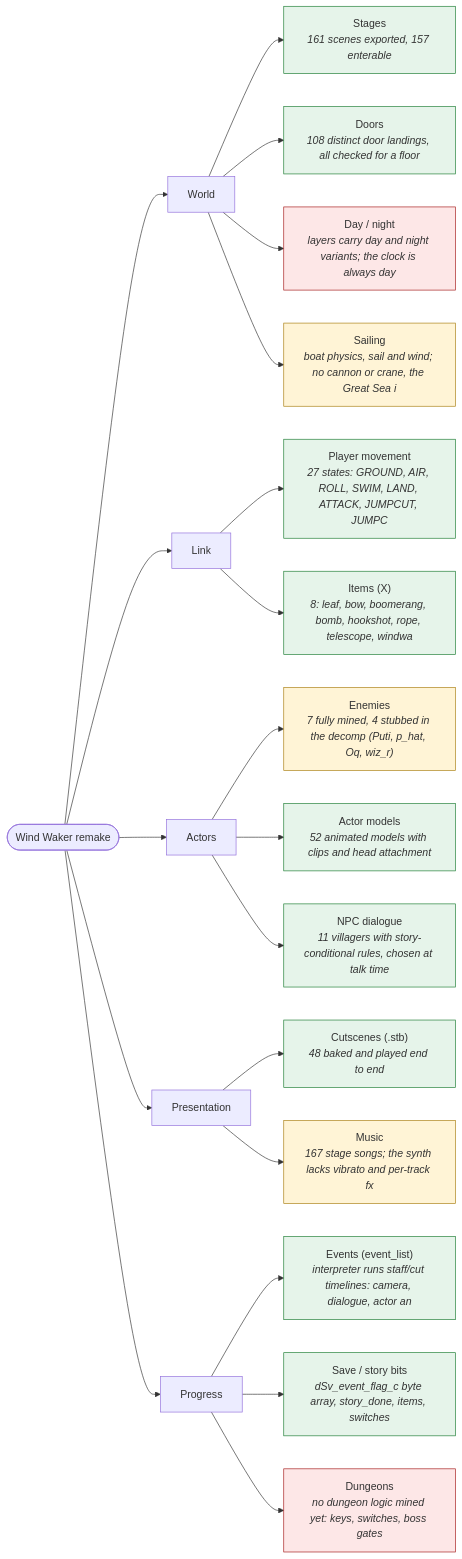
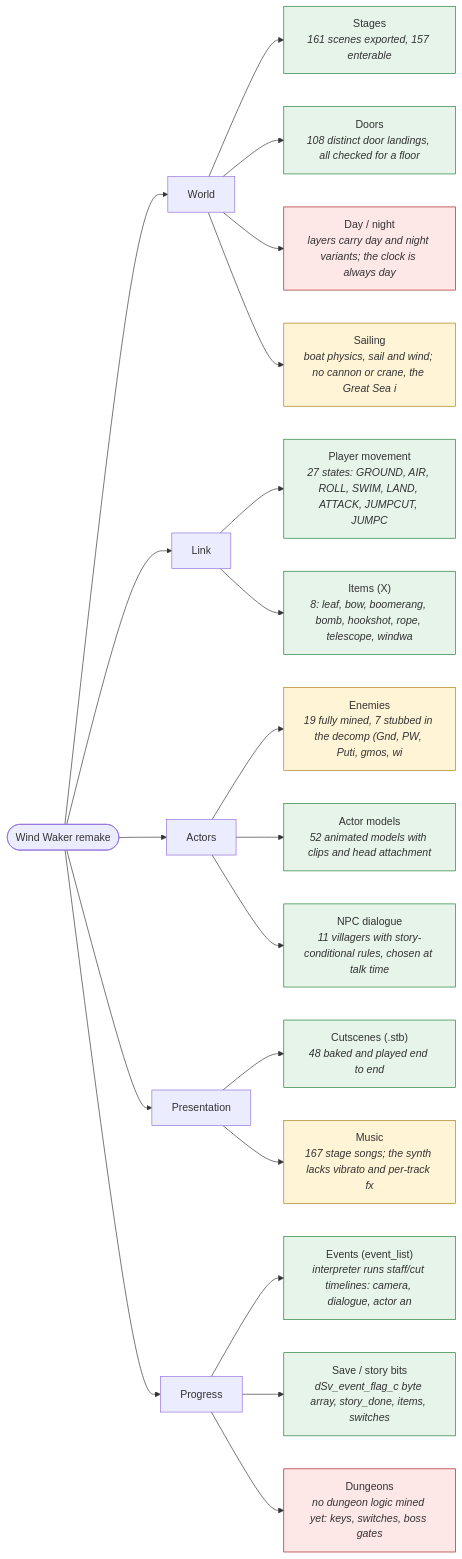
One commit to Felbs/3d-ripper-9000 changed the first of 2 diagrams in docs/game_map.md. Above: the diagram before and after it, drawn with Mermaid. The commit also changed other lines of this file and 7 other files, not shown here.

````diff
--- a/docs/game_map.md
+++ b/docs/game_map.md
@@ -12,40 +12,40 @@
 ```mermaid
 flowchart LR
     classDef ok fill:#e6f4ea,stroke:#1e7d34;
     classDef partial fill:#fff4d6,stroke:#a97f13;
     classDef missing fill:#fde7e7,stroke:#a51b1b;
     GAME(["Wind Waker remake"])
     GAME --> G0["World"]
     G0 --> G0_0["Stages<br/><i>161 scenes exported, 157 enterable</i>"]
     class G0_0 ok;
     G0 --> G0_1["Doors<br/><i>108 distinct door landings, all checked for a floor</i>"]
     class G0_1 ok;
     G0 --> G0_2["Day / night<br/><i>layers carry day and night variants; the clock is always day</i>"]
     class G0_2 missing;
     G0 --> G0_3["Sailing<br/><i>boat physics, sail and wind; no cannon or crane, the Great Sea i</i>"]
     class G0_3 partial;
     GAME --> G1["Link"]
     G1 --> G1_0["Player movement<br/><i>27 states: GROUND, AIR, ROLL, SWIM, LAND, ATTACK, JUMPCUT, JUMPC</i>"]
     class G1_0 ok;
     G1 --> G1_1["Items (X)<br/><i>8: leaf, bow, boomerang, bomb, hookshot, rope, telescope, windwa</i>"]
     class G1_1 ok;
     GAME --> G2["Actors"]
-    G2 --> G2_0["Enemies<br/><i>7 fully mined, 4 stubbed in the decomp (Puti, p_hat, Oq, wiz_r)</i>"]
+    G2 --> G2_0["Enemies<br/><i>19 fully mined, 7 stubbed in the decomp (Gnd, PW, Puti, gmos, wi</i>"]
     class G2_0 partial;
     G2 --> G2_1["Actor models<br/><i>52 animated models with clips and head attachment</i>"]
     class G2_1 ok;
     G2 --> G2_2["NPC dialogue<br/><i>11 villagers with story-conditional rules, chosen at talk time</i>"]
     class G2_2 ok;
     GAME --> G3["Presentation"]
     G3 --> G3_0["Cutscenes (.stb)<br/><i>48 baked and played end to end</i>"]
     class G3_0 ok;
     G3 --> G3_1["Music<br/><i>167 stage songs; the synth lacks vibrato and per-track fx</i>"]
     class G3_1 partial;
     GAME --> G4["Progress"]
     G4 --> G4_0["Events (event_list)<br/><i>interpreter runs staff/cut timelines: camera, dialogue, actor an</i>"]
     class G4_0 ok;
     G4 --> G4_1["Save / story bits<br/><i>dSv_event_flag_c byte array, story_done, items, switches</i>"]
     class G4_1 ok;
     G4 --> G4_2["Dungeons<br/><i>no dungeon logic mined yet: keys, switches, boss gates</i>"]
     class G4_2 missing;
 ```
````
